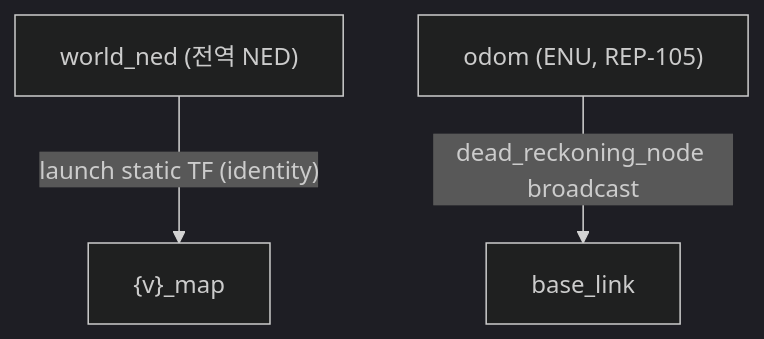
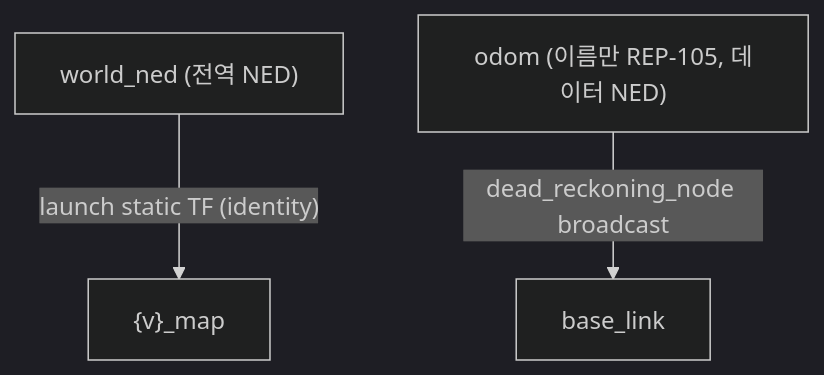
The diagram in docs/site/docs/architecture/frames.md (HERO-Lab-POSTECH/stonefish_slam), drawn with Mermaid (dark theme) before and after one commit. The commit also changed other lines of this file and 5 other files, not shown here.

````diff
--- a/docs/site/docs/architecture/frames.md
+++ b/docs/site/docs/architecture/frames.md
@@ -41,5 +43,5 @@
 ```mermaid
 flowchart TD
     A["world_ned (전역 NED)"] -->|"launch static TF (identity)"| B["{v}_map"]
-    C["odom (ENU, REP-105)"] -->|"dead_reckoning_node broadcast"| D["base_link"]
+    C["odom (이름만 REP-105, 데이터 NED)"] -->|"dead_reckoning_node broadcast"| D["base_link"]
 ```
````
